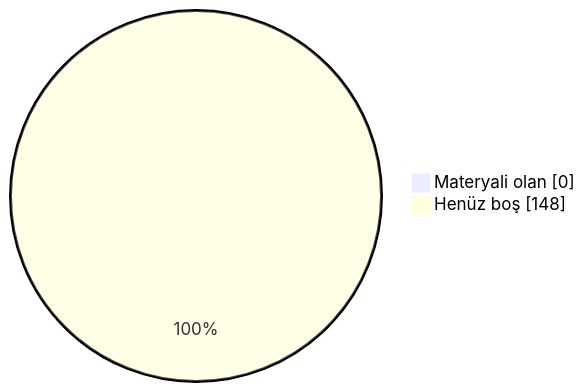
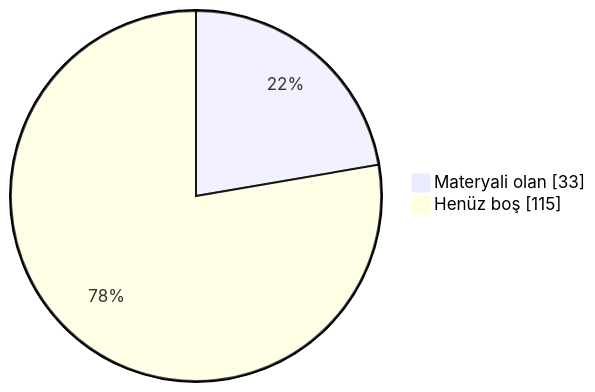
The diagram in README.md (MarmaraArsiv/tek_mekatronik), drawn with Mermaid before and after one commit. The commit also changed other lines of this file and 1 other file, not shown here.

````diff
--- a/README.md
+++ b/README.md
@@ -108,5 +108,5 @@
 ```mermaid
 pie showData
-  "Materyali olan" : 0
-  "Henüz boş" : 148
+  "Materyali olan" : 33
+  "Henüz boş" : 115
 ```
````
